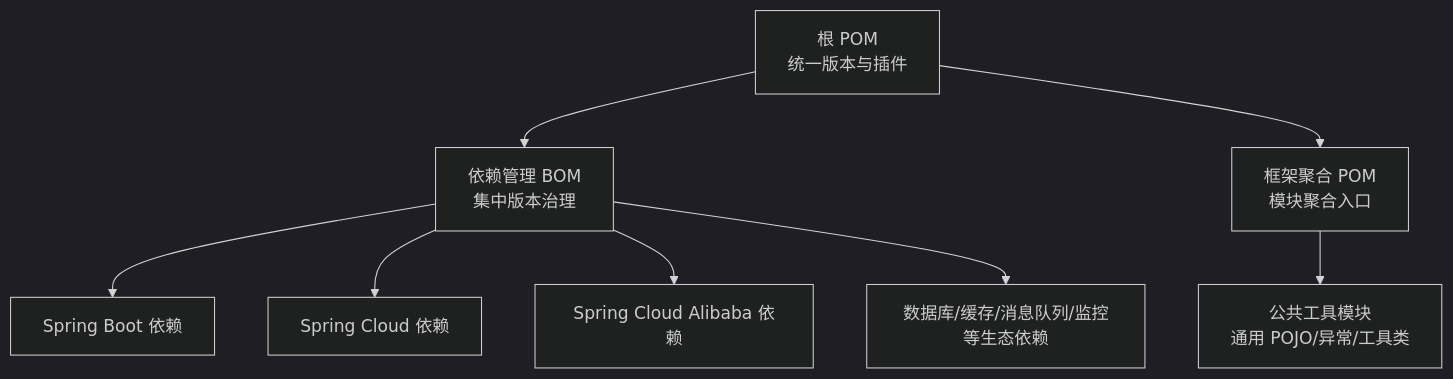
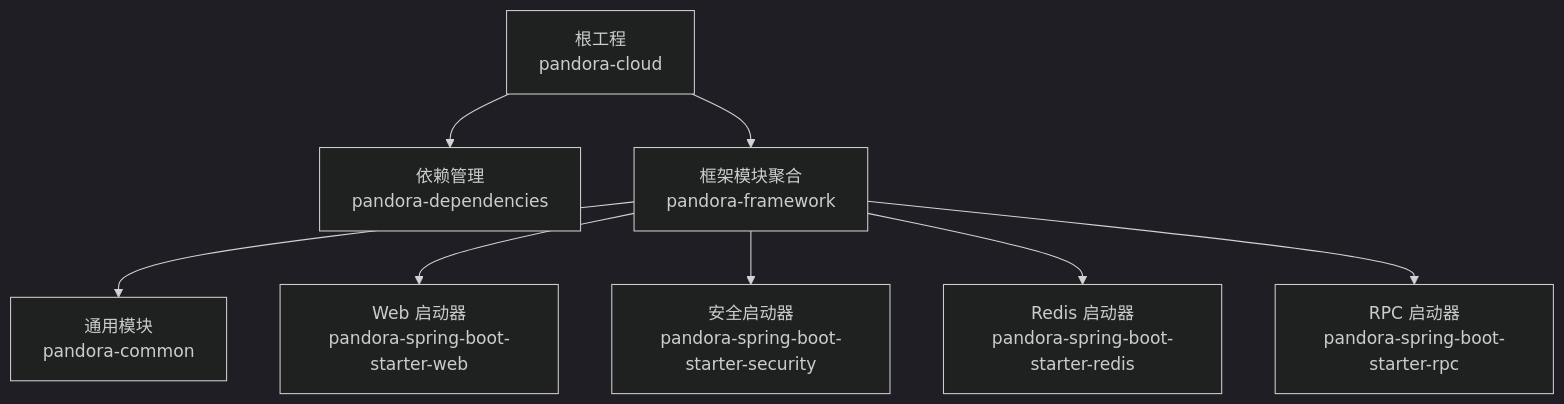
Before and after one commit to guanglei93/pandora-cloud: the first of 9 diagrams in .qoder/repowiki/zh/content/项目概述.md, drawn with Mermaid (dark theme). The commit also changed other lines of this file and 110 other files, not shown here.

Commit message:
docs: 重构 qoder 文档目录，新增安全认证、Redis 缓存、RPC 通信、Web 增强等模块文档

````diff
--- a/.qoder/repowiki/zh/content/项目概述.md
+++ b/.qoder/repowiki/zh/content/项目概述.md
@@ -43,10 +51,10 @@
 ```mermaid
 graph TB
-Root["根 POM<br/>统一版本与插件"] --> Deps["依赖管理 BOM<br/>集中版本治理"]
-Root --> Framework["框架聚合 POM<br/>模块聚合入口"]
-Framework --> Common["公共工具模块<br/>通用 POJO/异常/工具类"]
-Deps --> SB["Spring Boot 依赖"]
-Deps --> SC["Spring Cloud 依赖"]
-Deps --> SCA["Spring Cloud Alibaba 依赖"]
-Deps --> Others["数据库/缓存/消息队列/监控等生态依赖"]
+Root["根工程<br/>pandora-cloud"] --> Deps["依赖管理<br/>pandora-dependencies"]
+Root --> FW["框架模块聚合<br/>pandora-framework"]
+FW --> Common["通用模块<br/>pandora-common"]
+FW --> WebStarter["Web 启动器<br/>pandora-spring-boot-starter-web"]
+FW --> SecStarter["安全启动器<br/>pandora-spring-boot-starter-security"]
+FW --> RedisStarter["Redis 启动器<br/>pandora-spring-boot-starter-redis"]
+FW --> RPCStarter["RPC 启动器<br/>pandora-spring-boot-starter-rpc"]
 ```
````
